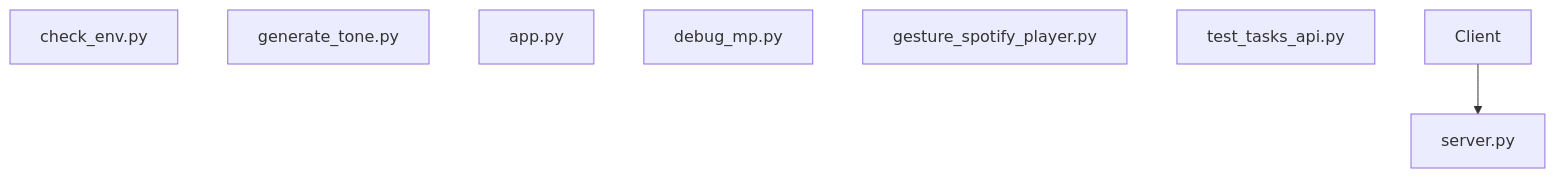
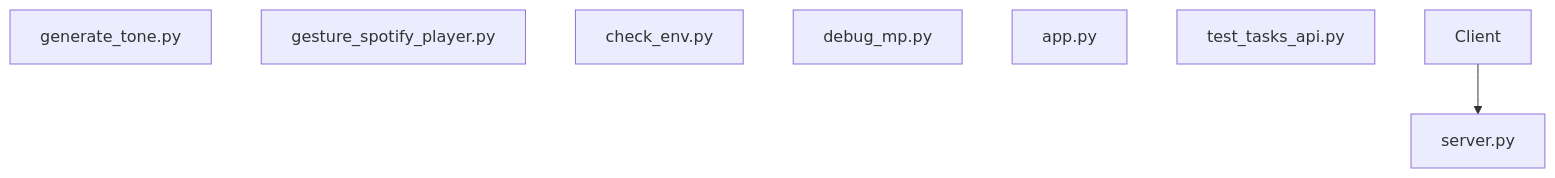
Before and after one commit to NITISH-R-G/PalmPlay: the diagram in diagrams/architecture.mermaid, drawn with Mermaid. The commit also changed other lines of this file and 3 other files, not shown here.

Commit message:
docs(auto): Update repository architecture and README [skip ci]

```diff
--- a/diagrams/architecture.mermaid
+++ b/diagrams/architecture.mermaid
@@ -1,9 +1,9 @@
 graph TD;
+    generate_tone["generate_tone.py"];
+    gesture_spotify_player["gesture_spotify_player.py"];
+    server["server.py"];
     check_env["check_env.py"];
-    generate_tone["generate_tone.py"];
+    debug_mp["debug_mp.py"];
     app["app.py"];
-    server["server.py"];
-    debug_mp["debug_mp.py"];
-    gesture_spotify_player["gesture_spotify_player.py"];
     test_tasks_api["test_tasks_api.py"];
     Client --> server;
```
